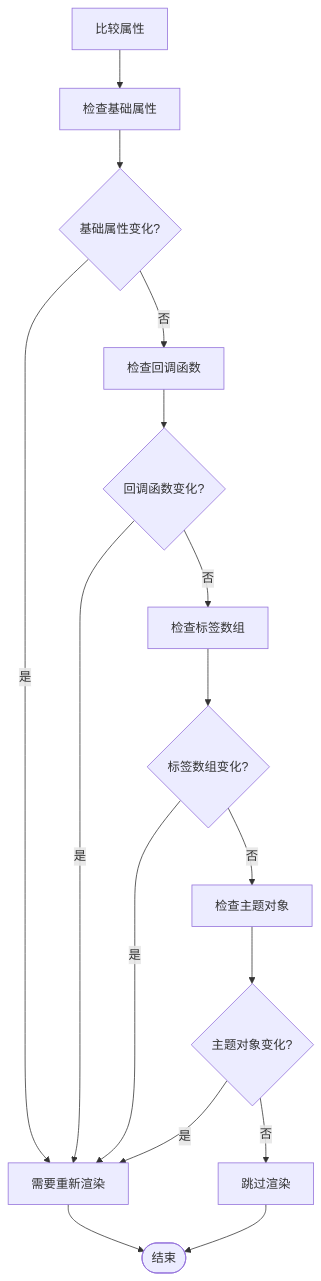
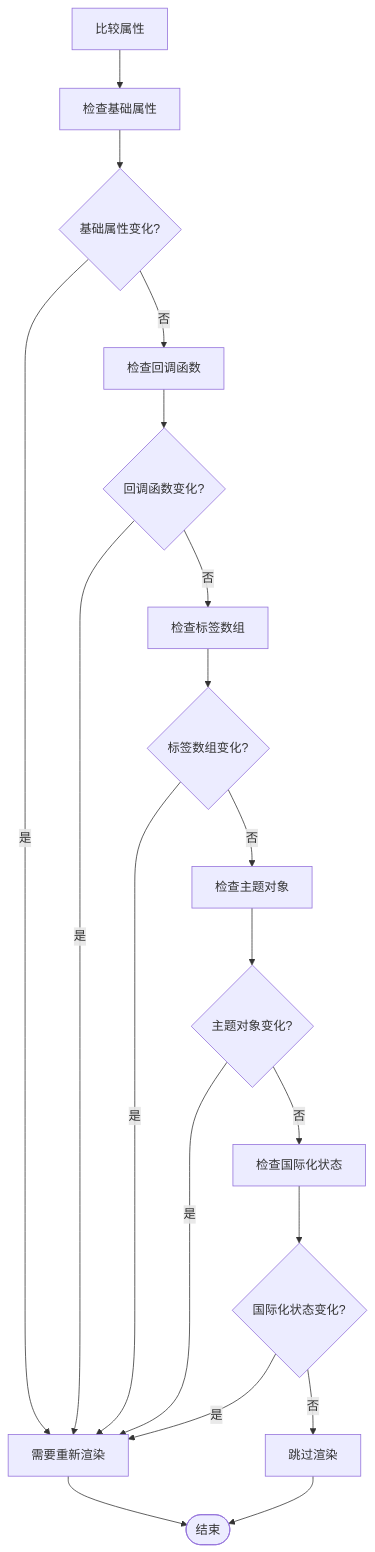
The eighth of 8 diagrams in repowiki/zh/content/UI 组件/核心组件/MediaCard 媒体卡片组件.md (YLee9527/Medex), drawn with Mermaid before and after one commit. The commit also changed other lines of this file and 13 other files, not shown here.

````diff
--- a/repowiki/zh/content/UI 组件/核心组件/MediaCard 媒体卡片组件.md
+++ b/repowiki/zh/content/UI 组件/核心组件/MediaCard 媒体卡片组件.md
@@ -400,18 +473,21 @@
 ```mermaid
 flowchart TD
 CompareProps[比较属性] --> CheckBasic["检查基础属性"]
 CheckBasic --> BasicChanged{"基础属性变化?"}
 BasicChanged --> |是| NeedReRender[需要重新渲染]
 BasicChanged --> |否| CheckCallbacks["检查回调函数"]
 CheckCallbacks --> CallbackChanged{"回调函数变化?"}
 CallbackChanged --> |是| NeedReRender
 CallbackChanged --> |否| CheckTags["检查标签数组"]
 CheckTags --> TagsChanged{"标签数组变化?"}
 TagsChanged --> |是| NeedReRender
 TagsChanged --> |否| CheckTheme["检查主题对象"]
 CheckTheme --> ThemeChanged{"主题对象变化?"}
 ThemeChanged --> |是| NeedReRender
-ThemeChanged --> |否| SkipRender[跳过渲染]
+ThemeChanged --> |否| CheckI18n["检查国际化状态"]
+CheckI18n --> I18nChanged{"国际化状态变化?"}
+I18nChanged --> |是| NeedReRender
+I18nChanged --> |否| SkipRender[跳过渲染]
 NeedReRender --> End([结束])
 SkipRender --> End
 ```
````
